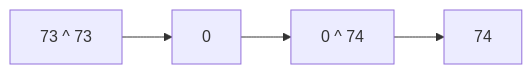
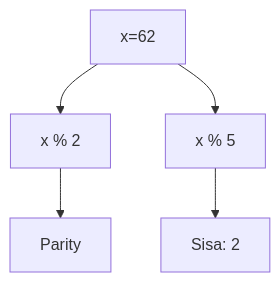
Before and after one commit to amnahwaida/OSNK_INF_PREP: diagram 19 of 25 in part-c-pemahaman-cpp/06-bitwise/latihan/set-03.md, drawn with Mermaid. The commit also changed other lines of this file and 71 other files, not shown here.

````diff
--- a/part-c-pemahaman-cpp/06-bitwise/latihan/set-03.md
+++ b/part-c-pemahaman-cpp/06-bitwise/latihan/set-03.md
@@ -552,6 +565,7 @@
 ```mermaid
-graph LR
-    A["73 ^ 73"] --> B[0]
-    B --> C["0 ^ 74"]
-    C --> D["74"]
+graph TD
+A[x=62] --> B[x % 2]
+B --> C[Parity]
+A --> D[x % 5]
+D --> E[Sisa: 2]
 ```
````
